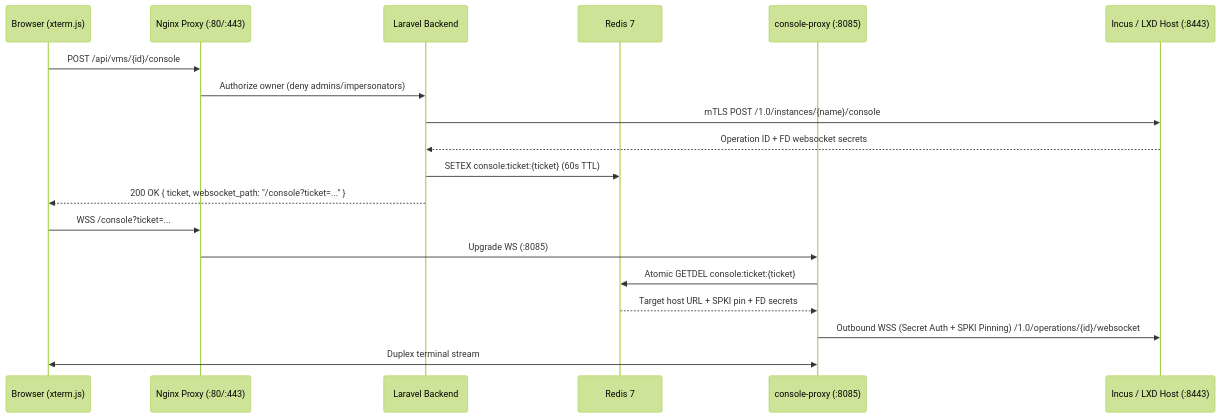
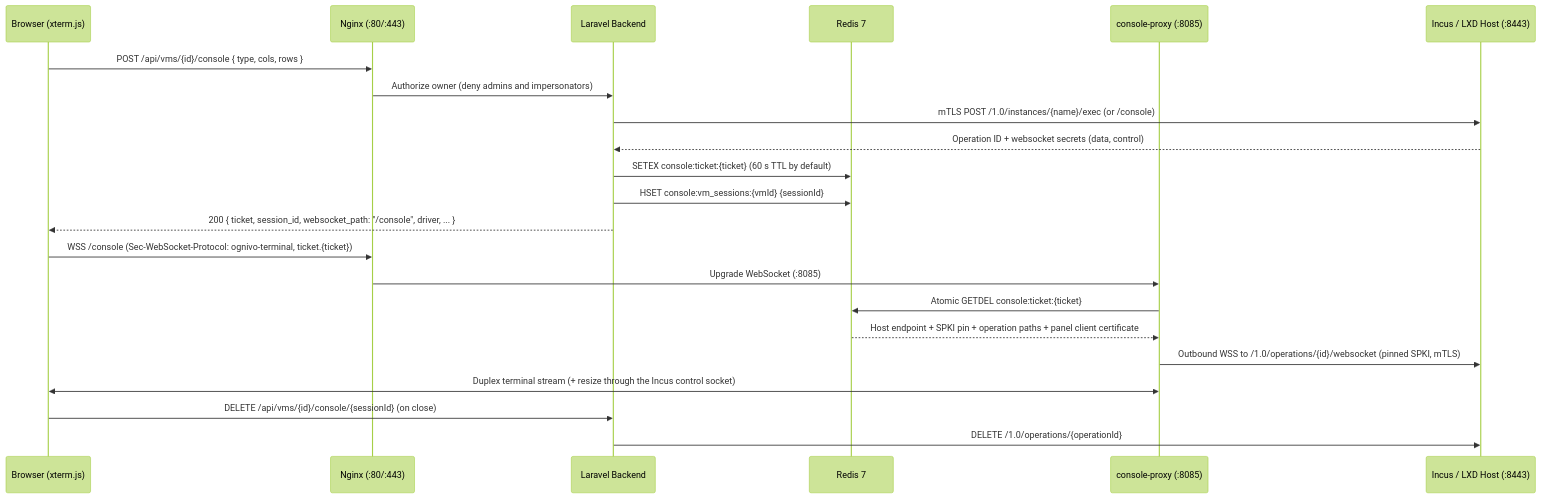
The diagram in docs/features/console.md (schmasterz/ognivo), drawn with Mermaid (forest theme) before and after one commit. The commit also changed other lines of this file and 2 other files, not shown here.

Commit message:
fix(docs): console.md, netowrking.md and overview.md new more detailed files

````diff
--- a/docs/features/console.md
+++ b/docs/features/console.md
@@ -9,22 +18,25 @@
 ```mermaid
 sequenceDiagram
     participant Browser as Browser (xterm.js)
-    participant Nginx as Nginx Proxy (:80/:443)
+    participant Nginx as Nginx (:80/:443)
     participant API as Laravel Backend
     participant Redis as Redis 7
     participant Proxy as console-proxy (:8085)
     participant Incus as Incus / LXD Host (:8443)
 
-    Browser->>Nginx: POST /api/vms/{id}/console
-    Nginx->>API: Authorize owner (deny admins/impersonators)
-    API->>Incus: mTLS POST /1.0/instances/{name}/console
-    Incus-->>API: Operation ID + FD websocket secrets
-    API->>Redis: SETEX console:ticket:{ticket} (60s TTL)
-    API-->>Browser: 200 OK { ticket, websocket_path: "/console?ticket=..." }
-    Browser->>Nginx: WSS /console?ticket=...
-    Nginx->>Proxy: Upgrade WS (:8085)
+    Browser->>Nginx: POST /api/vms/{id}/console { type, cols, rows }
+    Nginx->>API: Authorize owner (deny admins and impersonators)
+    API->>Incus: mTLS POST /1.0/instances/{name}/exec (or /console)
+    Incus-->>API: Operation ID + websocket secrets (data, control)
+    API->>Redis: SETEX console:ticket:{ticket} (60 s TTL by default)
+    API->>Redis: HSET console:vm_sessions:{vmId} {sessionId}
+    API-->>Browser: 200 { ticket, session_id, websocket_path: "/console", driver, ... }
+    Browser->>Nginx: WSS /console (Sec-WebSocket-Protocol: ognivo-terminal, ticket.{ticket})
+    Nginx->>Proxy: Upgrade WebSocket (:8085)
     Proxy->>Redis: Atomic GETDEL console:ticket:{ticket}
-    Redis-->>Proxy: Target host URL + SPKI pin + FD secrets
-    Proxy->>Incus: Outbound WSS (Secret Auth + SPKI Pinning) /1.0/operations/{id}/websocket
-    Proxy<<->>Browser: Duplex terminal stream
+    Redis-->>Proxy: Host endpoint + SPKI pin + operation paths + panel client certificate
+    Proxy->>Incus: Outbound WSS to /1.0/operations/{id}/websocket (pinned SPKI, mTLS)
+    Proxy<<->>Browser: Duplex terminal stream (+ resize through the Incus control socket)
+    Browser->>API: DELETE /api/vms/{id}/console/{sessionId} (on close)
+    API->>Incus: DELETE /1.0/operations/{operationId}
 ```
````
